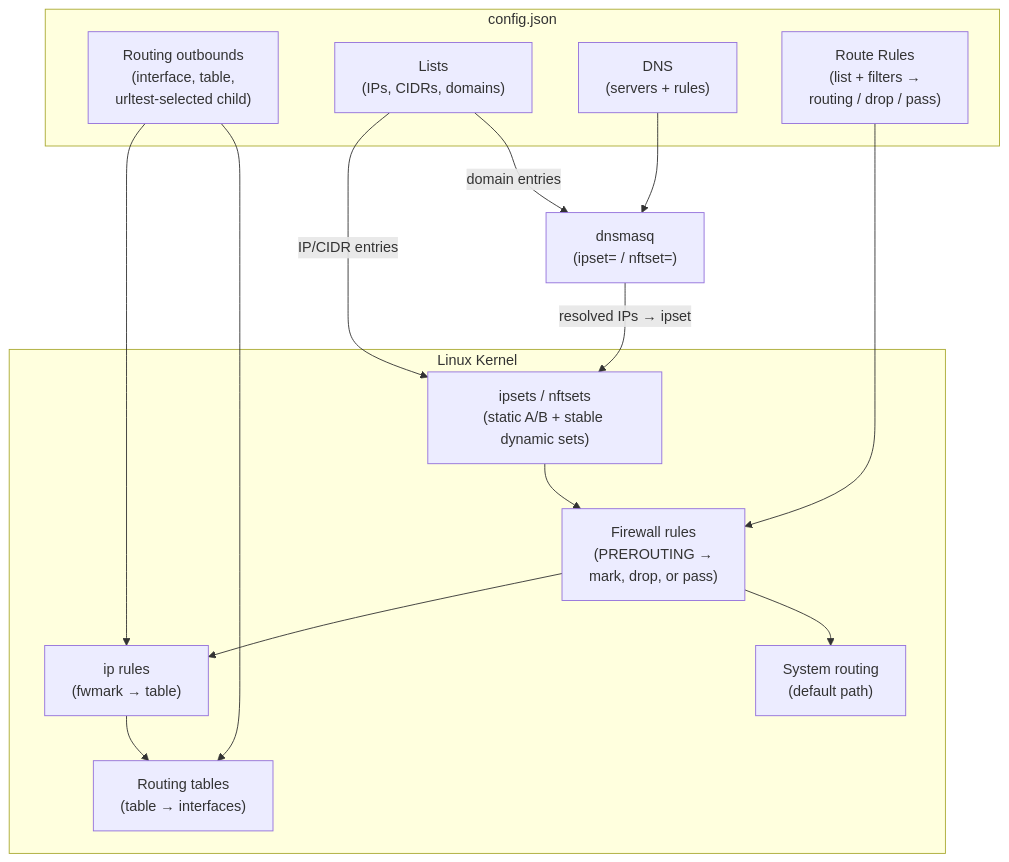
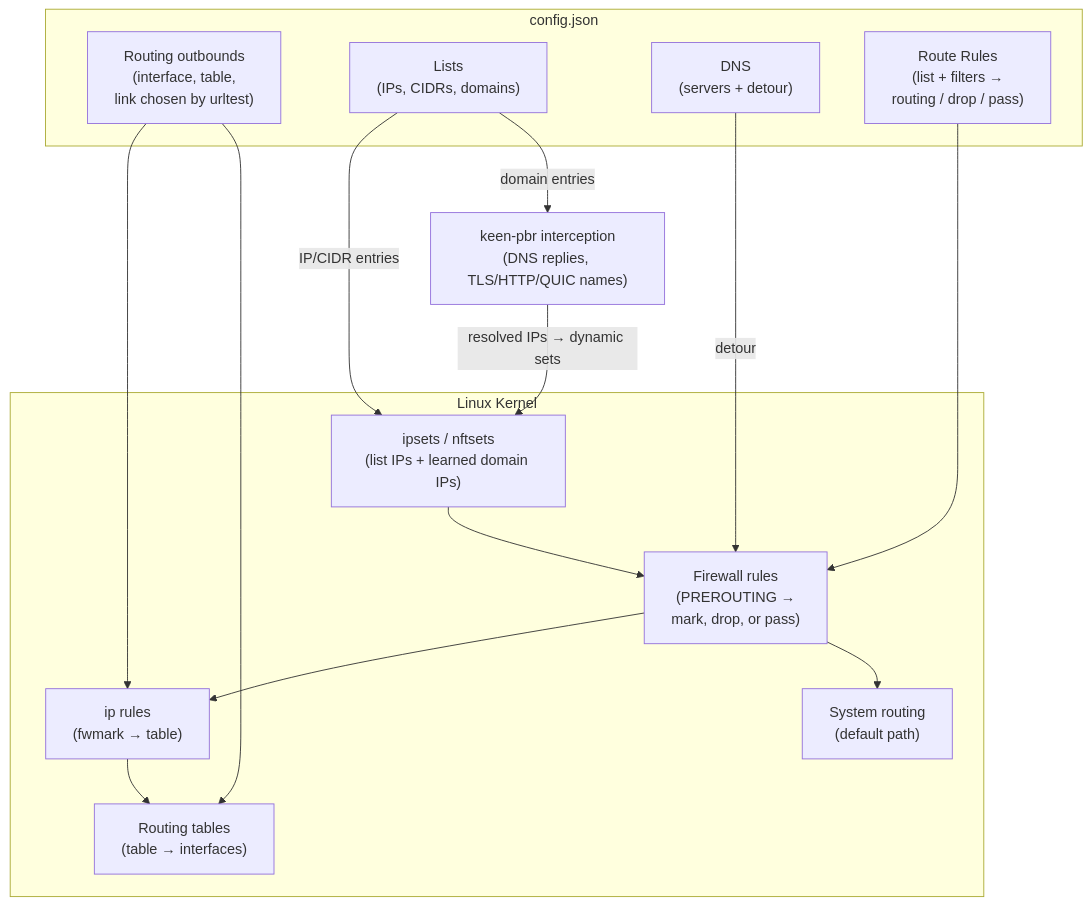
One commit to maksimkurb/keen-pbr changed the first of 3 diagrams in docs/concepts.md. Above: the diagram before and after it, drawn with Mermaid. The commit also changed other lines of this file and 115 other files, not shown here.

````diff
--- a/docs/concepts.md
+++ b/docs/concepts.md
@@ -80,31 +88,31 @@
 ```mermaid
 flowchart TD
     subgraph Config["config.json"]
-        RoutingOutbounds["Routing outbounds\n(interface, table,\nurltest-selected child)"]
+        RoutingOutbounds["Routing outbounds\n(interface, table,\nlink chosen by urltest)"]
         Lists["Lists\n(IPs, CIDRs, domains)"]
-        DNS["DNS\n(servers + rules)"]
+        DNS["DNS\n(servers + detour)"]
         RouteRules["Route Rules\n(list + filters →\nrouting / drop / pass)"]
     end
 
     subgraph Kernel["Linux Kernel"]
-        Ipsets["ipsets / nftsets\n(static A/B + stable dynamic sets)"]
+        Ipsets["ipsets / nftsets\n(list IPs + learned domain IPs)"]
         FwmarkRules["Firewall rules\n(PREROUTING →\nmark, drop, or pass)"]
         IpRules["ip rules\n(fwmark → table)"]
         RoutingTables["Routing tables\n(table → interfaces)"]
         SystemRouting["System routing\n(default path)"]
     end
 
-    Dnsmasq["dnsmasq\n(ipset= / nftset=)"]
+    Interceptor["keen-pbr interception\n(DNS replies, TLS/HTTP/QUIC names)"]
 
     Lists -->|"IP/CIDR entries"| Ipsets
-    Lists -->|"domain entries"| Dnsmasq
-    DNS --> Dnsmasq
+    Lists -->|"domain entries"| Interceptor
+    DNS -->|"detour"| FwmarkRules
     Ipsets --> FwmarkRules
     RouteRules --> FwmarkRules
     RoutingOutbounds --> IpRules
     RoutingOutbounds --> RoutingTables
     FwmarkRules --> IpRules
     FwmarkRules --> SystemRouting
     IpRules --> RoutingTables
-    Dnsmasq -->|"resolved IPs → ipset"| Ipsets
+    Interceptor -->|"resolved IPs → dynamic sets"| Ipsets
 ```
````
